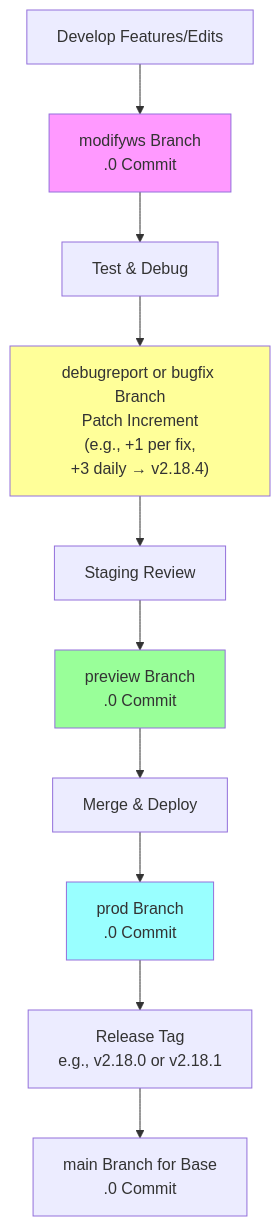
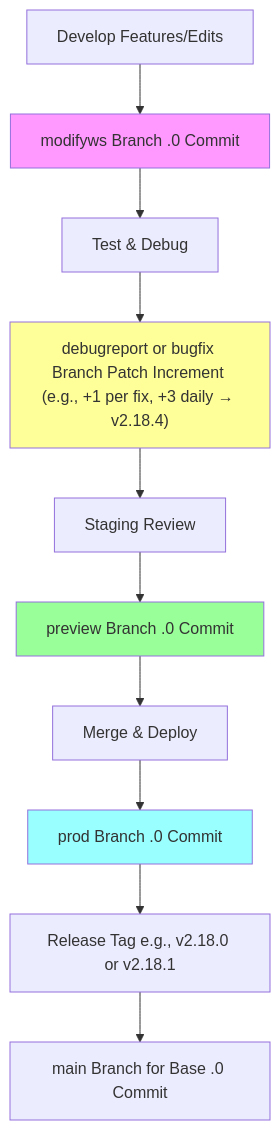
Before and after one commit to ctaxnagomi/WSP-maindev-v.2.18.0: the second of 2 diagrams in README.md, drawn with Mermaid. The commit also changed other lines of this file, not shown here.

First line of the commit message:
Update Mermaid diagrams for improved readability

````diff
--- a/README.md
+++ b/README.md
@@ -118,16 +118,16 @@
 ```mermaid
 flowchart TD
-    A[Develop Features/Edits] --> B["modifyws Branch\n.0 Commit"]
+    A[Develop Features/Edits] --> B["modifyws Branch .0 Commit"]
     B --> C[Test & Debug]
-    C --> D["debugreport or bugfix Branch\nPatch Increment\n(e.g., +1 per fix,\n+3 daily → v2.18.4)"]
+    C --> D["debugreport or bugfix Branch Patch Increment (e.g., +1 per fix, +3 daily → v2.18.4)"]
     D --> E[Staging Review]
-    E --> F["preview Branch\n.0 Commit"]
+    E --> F["preview Branch .0 Commit"]
     F --> G[Merge & Deploy]
-    G --> H["prod Branch\n.0 Commit"]
-    H --> I["Release Tag\ne.g., v2.18.0 or v2.18.1"]
-    I --> J["main Branch for Base\n.0 Commit"]
+    G --> H["prod Branch .0 Commit"]
+    H --> I["Release Tag e.g., v2.18.0 or v2.18.1"]
+    I --> J["main Branch for Base .0 Commit"]
     style B fill:#f9f
     style D fill:#ff9
     style F fill:#9f9
     style H fill:#9ff
 ```
````
